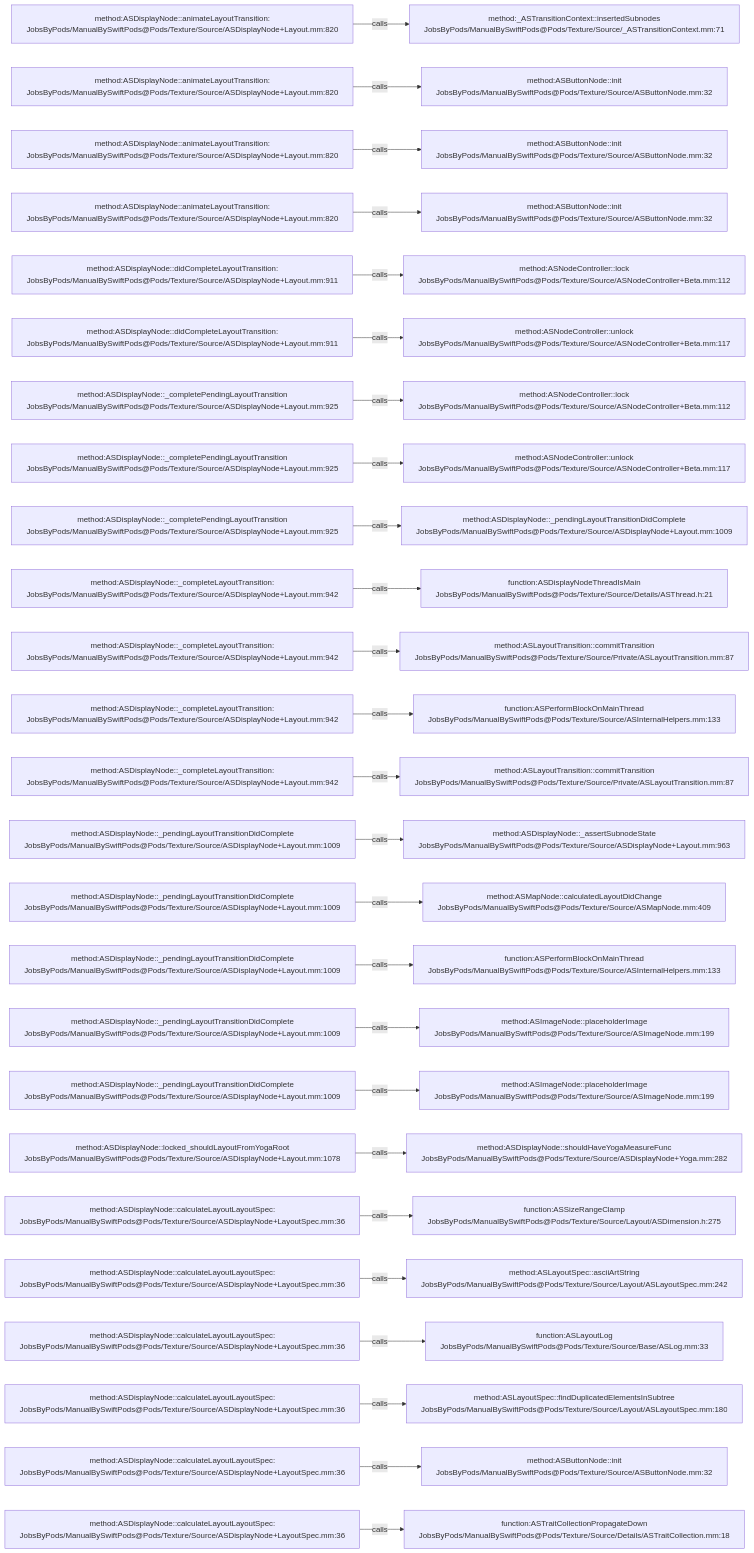
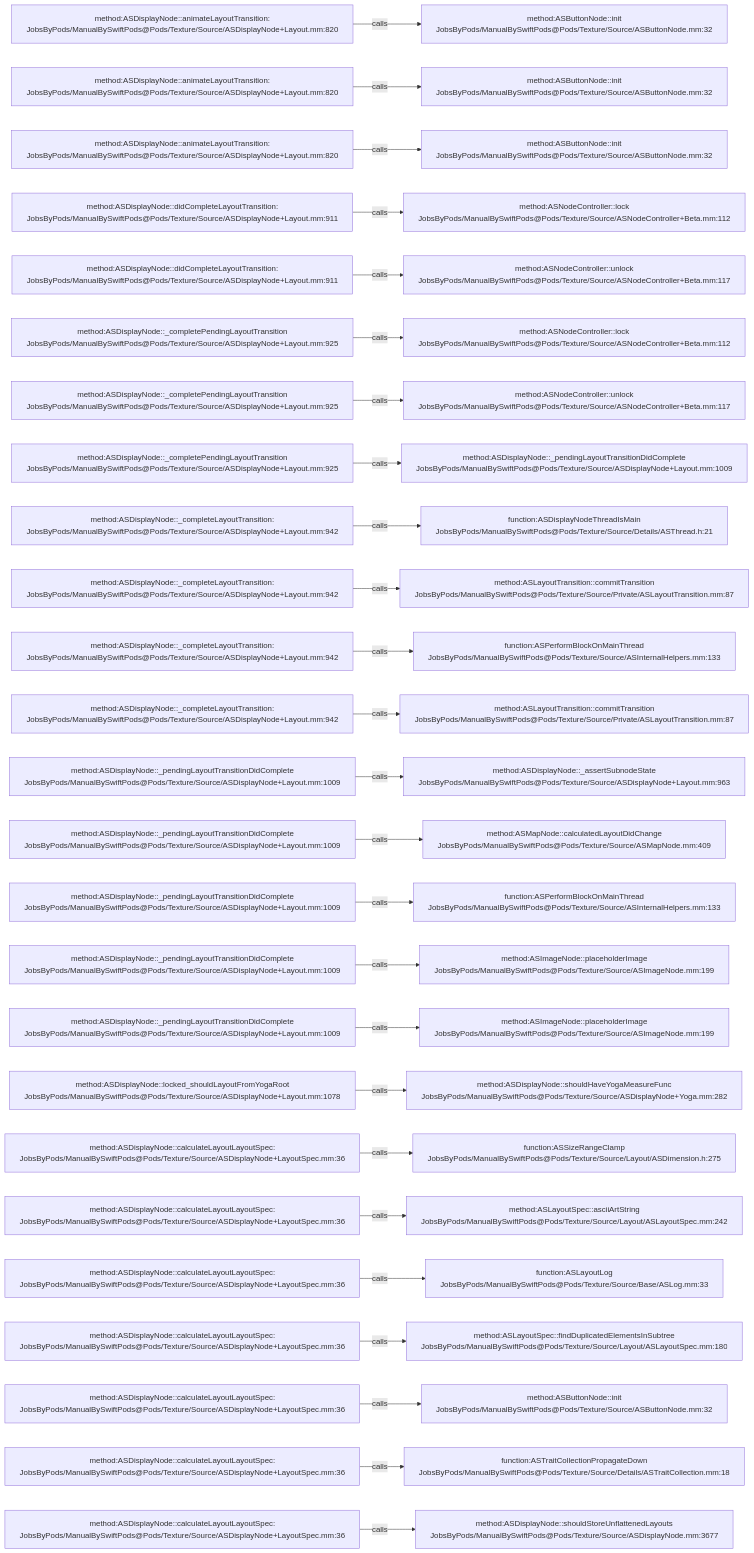
One commit to JobsKits/JobsSwiftBaseConfigDemo changed the diagram in .codegraph/codegraph.md/graphs/calls-024.md. Above: the diagram before and after it, drawn with Mermaid. The commit also changed 747 other files, not shown here.

````diff
--- a/.codegraph/codegraph.md/graphs/calls-024.md
+++ b/.codegraph/codegraph.md/graphs/calls-024.md
@@ -13,78 +13,78 @@
 ```mermaid
 flowchart LR
   S1["method:ASDisplayNode::animateLayoutTransition:<br/>JobsByPods/ManualBySwiftPods@Pods/Texture/Source/ASDisplayNode+Layout.mm:820"]
-  T1["method:_ASTransitionContext::insertedSubnodes<br/>JobsByPods/ManualBySwiftPods@Pods/Texture/Source/_ASTransitionContext.mm:71"]
+  T1["method:ASButtonNode::init<br/>JobsByPods/ManualBySwiftPods@Pods/Texture/Source/ASButtonNode.mm:32"]
   S1 -->|calls| T1
   S2["method:ASDisplayNode::animateLayoutTransition:<br/>JobsByPods/ManualBySwiftPods@Pods/Texture/Source/ASDisplayNode+Layout.mm:820"]
   T2["method:ASButtonNode::init<br/>JobsByPods/ManualBySwiftPods@Pods/Texture/Source/ASButtonNode.mm:32"]
   S2 -->|calls| T2
   S3["method:ASDisplayNode::animateLayoutTransition:<br/>JobsByPods/ManualBySwiftPods@Pods/Texture/Source/ASDisplayNode+Layout.mm:820"]
   T3["method:ASButtonNode::init<br/>JobsByPods/ManualBySwiftPods@Pods/Texture/Source/ASButtonNode.mm:32"]
   S3 -->|calls| T3
-  S4["method:ASDisplayNode::animateLayoutTransition:<br/>JobsByPods/ManualBySwiftPods@Pods/Texture/Source/ASDisplayNode+Layout.mm:820"]
-  T4["method:ASButtonNode::init<br/>JobsByPods/ManualBySwiftPods@Pods/Texture/Source/ASButtonNode.mm:32"]
+  S4["method:ASDisplayNode::didCompleteLayoutTransition:<br/>JobsByPods/ManualBySwiftPods@Pods/Texture/Source/ASDisplayNode+Layout.mm:911"]
+  T4["method:ASNodeController::lock<br/>JobsByPods/ManualBySwiftPods@Pods/Texture/Source/ASNodeController+Beta.mm:112"]
   S4 -->|calls| T4
   S5["method:ASDisplayNode::didCompleteLayoutTransition:<br/>JobsByPods/ManualBySwiftPods@Pods/Texture/Source/ASDisplayNode+Layout.mm:911"]
-  T5["method:ASNodeController::lock<br/>JobsByPods/ManualBySwiftPods@Pods/Texture/Source/ASNodeController+Beta.mm:112"]
+  T5["method:ASNodeController::unlock<br/>JobsByPods/ManualBySwiftPods@Pods/Texture/Source/ASNodeController+Beta.mm:117"]
   S5 -->|calls| T5
-  S6["method:ASDisplayNode::didCompleteLayoutTransition:<br/>JobsByPods/ManualBySwiftPods@Pods/Texture/Source/ASDisplayNode+Layout.mm:911"]
-  T6["method:ASNodeController::unlock<br/>JobsByPods/ManualBySwiftPods@Pods/Texture/Source/ASNodeController+Beta.mm:117"]
+  S6["method:ASDisplayNode::_completePendingLayoutTransition<br/>JobsByPods/ManualBySwiftPods@Pods/Texture/Source/ASDisplayNode+Layout.mm:925"]
+  T6["method:ASNodeController::lock<br/>JobsByPods/ManualBySwiftPods@Pods/Texture/Source/ASNodeController+Beta.mm:112"]
   S6 -->|calls| T6
   S7["method:ASDisplayNode::_completePendingLayoutTransition<br/>JobsByPods/ManualBySwiftPods@Pods/Texture/Source/ASDisplayNode+Layout.mm:925"]
-  T7["method:ASNodeController::lock<br/>JobsByPods/ManualBySwiftPods@Pods/Texture/Source/ASNodeController+Beta.mm:112"]
+  T7["method:ASNodeController::unlock<br/>JobsByPods/ManualBySwiftPods@Pods/Texture/Source/ASNodeController+Beta.mm:117"]
   S7 -->|calls| T7
   S8["method:ASDisplayNode::_completePendingLayoutTransition<br/>JobsByPods/ManualBySwiftPods@Pods/Texture/Source/ASDisplayNode+Layout.mm:925"]
-  T8["method:ASNodeController::unlock<br/>JobsByPods/ManualBySwiftPods@Pods/Texture/Source/ASNodeController+Beta.mm:117"]
+  T8["method:ASDisplayNode::_pendingLayoutTransitionDidComplete<br/>JobsByPods/ManualBySwiftPods@Pods/Texture/Source/ASDisplayNode+Layout.mm:1009"]
   S8 -->|calls| T8
-  S9["method:ASDisplayNode::_completePendingLayoutTransition<br/>JobsByPods/ManualBySwiftPods@Pods/Texture/Source/ASDisplayNode+Layout.mm:925"]
-  T9["method:ASDisplayNode::_pendingLayoutTransitionDidComplete<br/>JobsByPods/ManualBySwiftPods@Pods/Texture/Source/ASDisplayNode+Layout.mm:1009"]
+  S9["method:ASDisplayNode::_completeLayoutTransition:<br/>JobsByPods/ManualBySwiftPods@Pods/Texture/Source/ASDisplayNode+Layout.mm:942"]
+  T9["function:ASDisplayNodeThreadIsMain<br/>JobsByPods/ManualBySwiftPods@Pods/Texture/Source/Details/ASThread.h:21"]
   S9 -->|calls| T9
   S10["method:ASDisplayNode::_completeLayoutTransition:<br/>JobsByPods/ManualBySwiftPods@Pods/Texture/Source/ASDisplayNode+Layout.mm:942"]
-  T10["function:ASDisplayNodeThreadIsMain<br/>JobsByPods/ManualBySwiftPods@Pods/Texture/Source/Details/ASThread.h:21"]
+  T10["method:ASLayoutTransition::commitTransition<br/>JobsByPods/ManualBySwiftPods@Pods/Texture/Source/Private/ASLayoutTransition.mm:87"]
   S10 -->|calls| T10
   S11["method:ASDisplayNode::_completeLayoutTransition:<br/>JobsByPods/ManualBySwiftPods@Pods/Texture/Source/ASDisplayNode+Layout.mm:942"]
-  T11["method:ASLayoutTransition::commitTransition<br/>JobsByPods/ManualBySwiftPods@Pods/Texture/Source/Private/ASLayoutTransition.mm:87"]
+  T11["function:ASPerformBlockOnMainThread<br/>JobsByPods/ManualBySwiftPods@Pods/Texture/Source/ASInternalHelpers.mm:133"]
   S11 -->|calls| T11
   S12["method:ASDisplayNode::_completeLayoutTransition:<br/>JobsByPods/ManualBySwiftPods@Pods/Texture/Source/ASDisplayNode+Layout.mm:942"]
-  T12["function:ASPerformBlockOnMainThread<br/>JobsByPods/ManualBySwiftPods@Pods/Texture/Source/ASInternalHelpers.mm:133"]
+  T12["method:ASLayoutTransition::commitTransition<br/>JobsByPods/ManualBySwiftPods@Pods/Texture/Source/Private/ASLayoutTransition.mm:87"]
   S12 -->|calls| T12
-  S13["method:ASDisplayNode::_completeLayoutTransition:<br/>JobsByPods/ManualBySwiftPods@Pods/Texture/Source/ASDisplayNode+Layout.mm:942"]
-  T13["method:ASLayoutTransition::commitTransition<br/>JobsByPods/ManualBySwiftPods@Pods/Texture/Source/Private/ASLayoutTransition.mm:87"]
+  S13["method:ASDisplayNode::_pendingLayoutTransitionDidComplete<br/>JobsByPods/ManualBySwiftPods@Pods/Texture/Source/ASDisplayNode+Layout.mm:1009"]
+  T13["method:ASDisplayNode::_assertSubnodeState<br/>JobsByPods/ManualBySwiftPods@Pods/Texture/Source/ASDisplayNode+Layout.mm:963"]
   S13 -->|calls| T13
   S14["method:ASDisplayNode::_pendingLayoutTransitionDidComplete<br/>JobsByPods/ManualBySwiftPods@Pods/Texture/Source/ASDisplayNode+Layout.mm:1009"]
-  T14["method:ASDisplayNode::_assertSubnodeState<br/>JobsByPods/ManualBySwiftPods@Pods/Texture/Source/ASDisplayNode+Layout.mm:963"]
+  T14["method:ASMapNode::calculatedLayoutDidChange<br/>JobsByPods/ManualBySwiftPods@Pods/Texture/Source/ASMapNode.mm:409"]
   S14 -->|calls| T14
   S15["method:ASDisplayNode::_pendingLayoutTransitionDidComplete<br/>JobsByPods/ManualBySwiftPods@Pods/Texture/Source/ASDisplayNode+Layout.mm:1009"]
-  T15["method:ASMapNode::calculatedLayoutDidChange<br/>JobsByPods/ManualBySwiftPods@Pods/Texture/Source/ASMapNode.mm:409"]
+  T15["function:ASPerformBlockOnMainThread<br/>JobsByPods/ManualBySwiftPods@Pods/Texture/Source/ASInternalHelpers.mm:133"]
   S15 -->|calls| T15
   S16["method:ASDisplayNode::_pendingLayoutTransitionDidComplete<br/>JobsByPods/ManualBySwiftPods@Pods/Texture/Source/ASDisplayNode+Layout.mm:1009"]
-  T16["function:ASPerformBlockOnMainThread<br/>JobsByPods/ManualBySwiftPods@Pods/Texture/Source/ASInternalHelpers.mm:133"]
+  T16["method:ASImageNode::placeholderImage<br/>JobsByPods/ManualBySwiftPods@Pods/Texture/Source/ASImageNode.mm:199"]
   S16 -->|calls| T16
   S17["method:ASDisplayNode::_pendingLayoutTransitionDidComplete<br/>JobsByPods/ManualBySwiftPods@Pods/Texture/Source/ASDisplayNode+Layout.mm:1009"]
   T17["method:ASImageNode::placeholderImage<br/>JobsByPods/ManualBySwiftPods@Pods/Texture/Source/ASImageNode.mm:199"]
   S17 -->|calls| T17
-  S18["method:ASDisplayNode::_pendingLayoutTransitionDidComplete<br/>JobsByPods/ManualBySwiftPods@Pods/Texture/Source/ASDisplayNode+Layout.mm:1009"]
-  T18["method:ASImageNode::placeholderImage<br/>JobsByPods/ManualBySwiftPods@Pods/Texture/Source/ASImageNode.mm:199"]
+  S18["method:ASDisplayNode::locked_shouldLayoutFromYogaRoot<br/>JobsByPods/ManualBySwiftPods@Pods/Texture/Source/ASDisplayNode+Layout.mm:1078"]
+  T18["method:ASDisplayNode::shouldHaveYogaMeasureFunc<br/>JobsByPods/ManualBySwiftPods@Pods/Texture/Source/ASDisplayNode+Yoga.mm:282"]
   S18 -->|calls| T18
-  S19["method:ASDisplayNode::locked_shouldLayoutFromYogaRoot<br/>JobsByPods/ManualBySwiftPods@Pods/Texture/Source/ASDisplayNode+Layout.mm:1078"]
-  T19["method:ASDisplayNode::shouldHaveYogaMeasureFunc<br/>JobsByPods/ManualBySwiftPods@Pods/Texture/Source/ASDisplayNode+Yoga.mm:282"]
+  S19["method:ASDisplayNode::calculateLayoutLayoutSpec:<br/>JobsByPods/ManualBySwiftPods@Pods/Texture/Source/ASDisplayNode+LayoutSpec.mm:36"]
+  T19["function:ASSizeRangeClamp<br/>JobsByPods/ManualBySwiftPods@Pods/Texture/Source/Layout/ASDimension.h:275"]
   S19 -->|calls| T19
   S20["method:ASDisplayNode::calculateLayoutLayoutSpec:<br/>JobsByPods/ManualBySwiftPods@Pods/Texture/Source/ASDisplayNode+LayoutSpec.mm:36"]
-  T20["function:ASSizeRangeClamp<br/>JobsByPods/ManualBySwiftPods@Pods/Texture/Source/Layout/ASDimension.h:275"]
+  T20["method:ASLayoutSpec::asciiArtString<br/>JobsByPods/ManualBySwiftPods@Pods/Texture/Source/Layout/ASLayoutSpec.mm:242"]
   S20 -->|calls| T20
   S21["method:ASDisplayNode::calculateLayoutLayoutSpec:<br/>JobsByPods/ManualBySwiftPods@Pods/Texture/Source/ASDisplayNode+LayoutSpec.mm:36"]
-  T21["method:ASLayoutSpec::asciiArtString<br/>JobsByPods/ManualBySwiftPods@Pods/Texture/Source/Layout/ASLayoutSpec.mm:242"]
+  T21["function:ASLayoutLog<br/>JobsByPods/ManualBySwiftPods@Pods/Texture/Source/Base/ASLog.mm:33"]
   S21 -->|calls| T21
   S22["method:ASDisplayNode::calculateLayoutLayoutSpec:<br/>JobsByPods/ManualBySwiftPods@Pods/Texture/Source/ASDisplayNode+LayoutSpec.mm:36"]
-  T22["function:ASLayoutLog<br/>JobsByPods/ManualBySwiftPods@Pods/Texture/Source/Base/ASLog.mm:33"]
+  T22["method:ASLayoutSpec::findDuplicatedElementsInSubtree<br/>JobsByPods/ManualBySwiftPods@Pods/Texture/Source/Layout/ASLayoutSpec.mm:180"]
   S22 -->|calls| T22
   S23["method:ASDisplayNode::calculateLayoutLayoutSpec:<br/>JobsByPods/ManualBySwiftPods@Pods/Texture/Source/ASDisplayNode+LayoutSpec.mm:36"]
-  T23["method:ASLayoutSpec::findDuplicatedElementsInSubtree<br/>JobsByPods/ManualBySwiftPods@Pods/Texture/Source/Layout/ASLayoutSpec.mm:180"]
+  T23["method:ASButtonNode::init<br/>JobsByPods/ManualBySwiftPods@Pods/Texture/Source/ASButtonNode.mm:32"]
   S23 -->|calls| T23
   S24["method:ASDisplayNode::calculateLayoutLayoutSpec:<br/>JobsByPods/ManualBySwiftPods@Pods/Texture/Source/ASDisplayNode+LayoutSpec.mm:36"]
-  T24["method:ASButtonNode::init<br/>JobsByPods/ManualBySwiftPods@Pods/Texture/Source/ASButtonNode.mm:32"]
+  T24["function:ASTraitCollectionPropagateDown<br/>JobsByPods/ManualBySwiftPods@Pods/Texture/Source/Details/ASTraitCollection.mm:18"]
   S24 -->|calls| T24
   S25["method:ASDisplayNode::calculateLayoutLayoutSpec:<br/>JobsByPods/ManualBySwiftPods@Pods/Texture/Source/ASDisplayNode+LayoutSpec.mm:36"]
-  T25["function:ASTraitCollectionPropagateDown<br/>JobsByPods/ManualBySwiftPods@Pods/Texture/Source/Details/ASTraitCollection.mm:18"]
+  T25["method:ASDisplayNode::shouldStoreUnflattenedLayouts<br/>JobsByPods/ManualBySwiftPods@Pods/Texture/Source/ASDisplayNode.mm:3677"]
   S25 -->|calls| T25
 ```
````
